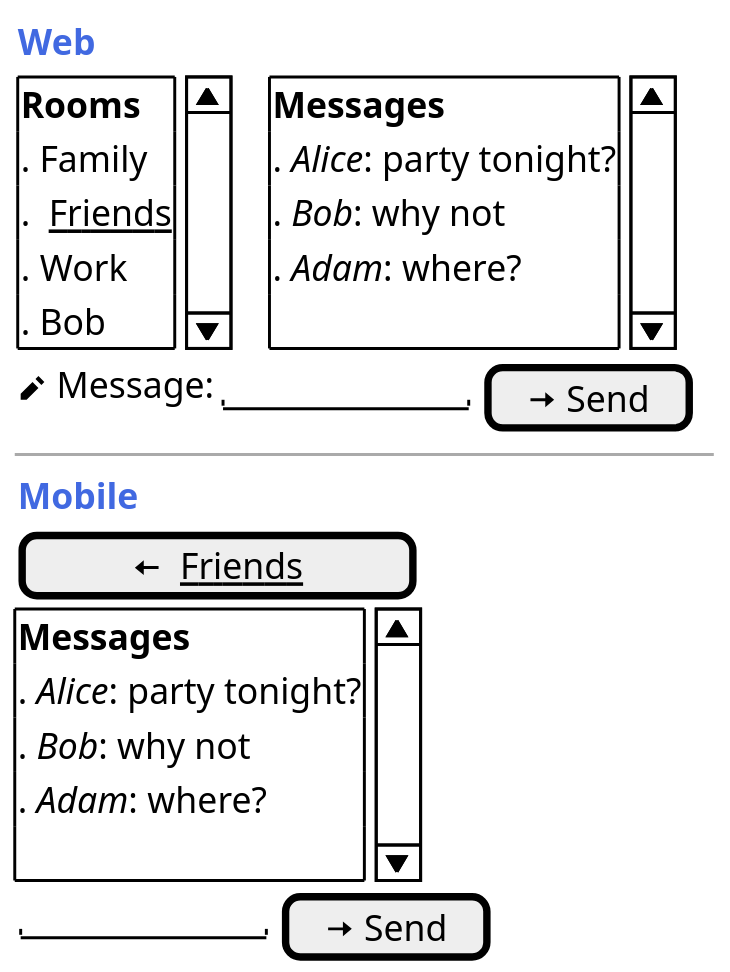
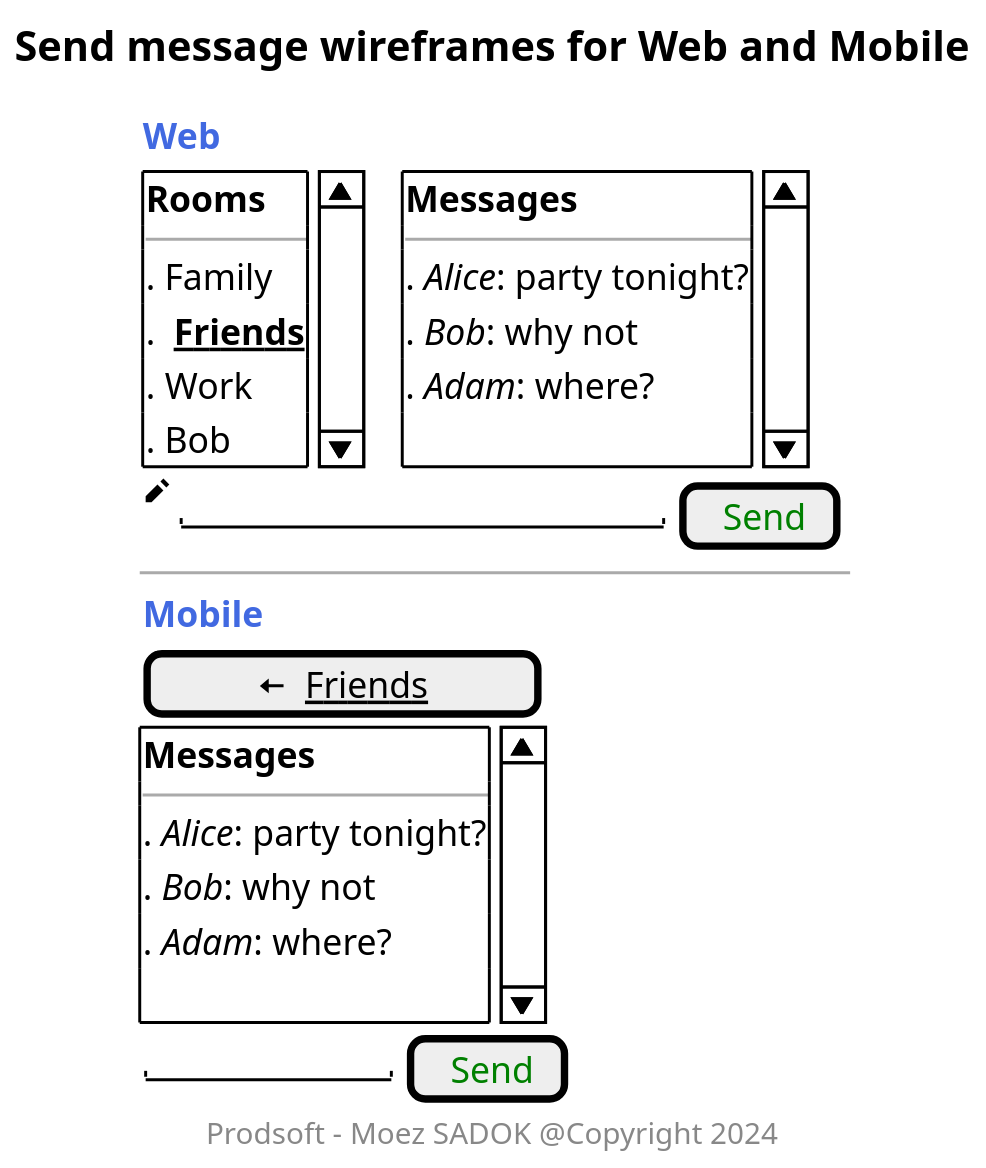
The diagram in docs/features/send-message/send-message-wireframe.wsd (moez-sadok/chat-clean-architecture), drawn with PlantUML before and after one commit. The commit also changed 32 other files, not shown here.

Commit message:
[Docs] enhance add diagrams and readme files v1

```diff
--- a/docs/features/send-message/send-message-wireframe.wsd
+++ b/docs/features/send-message/send-message-wireframe.wsd
@@ -1,44 +1,50 @@
 @startsalt MessageForm_Wireframe
+
+title Send message wireframes for Web and Mobile
+footer Prodsoft - Moez SADOK @Copyright 2024
 
 scale 2
 {
     { <color:RoyalBlue>**Web** }
     {
     {SI
         **Rooms**
+        --
         . Family
-        .  __Friends__   
+        .  **__Friends__**   
         . Work
         . Bob
     }|
     {SI
         **Messages**
+        --
         . //Alice//: party tonight?
         . //Bob//: why not
         . //Adam//: where?
         .
     }
     |
     }
     {
-        <&pencil> Message: | "          " | [<&arrow-right> Send ]
+        <&pencil>|"                    " | [<color:Green> Send ]
     }
     --
     { <color:RoyalBlue>**Mobile** }
 
     [<&arrow-left>  __Friends__ ]    
     {SI
 
         **Messages**
+        --
         . //Alice//: party tonight?
         . //Bob//: why not
         . //Adam//: where?
         .
     }
     |
     {
-      "          " | [<&arrow-right> Send ]
+      "          " | [<color:Green> Send ]
     }
 }
 
 @endsalt
```
